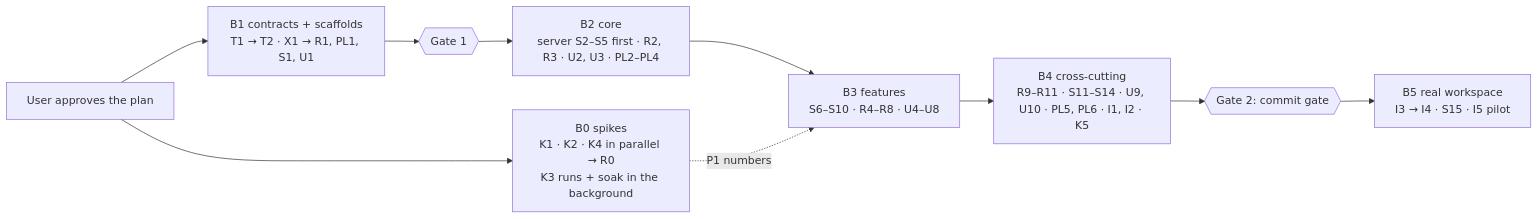
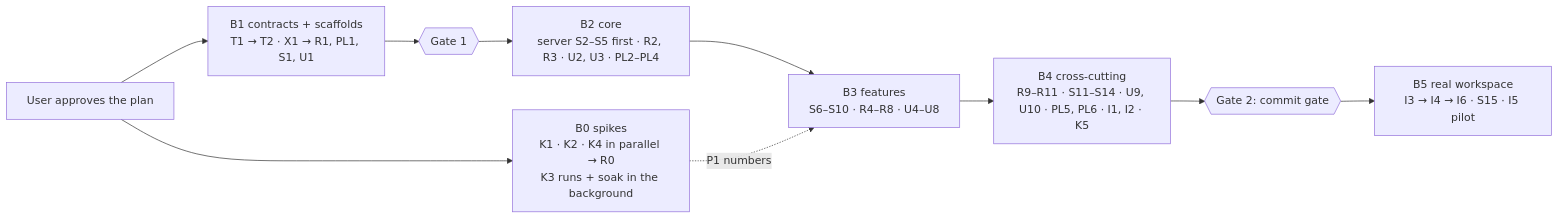
Before and after one commit to akhilshastri/session-replay: the second of 2 diagrams in plan/01-session-replay.md, drawn with Mermaid. The commit also changed other lines of this file and 3 other files, not shown here.

````diff
--- a/plan/01-session-replay.md
+++ b/plan/01-session-replay.md
@@ -405,12 +406,12 @@
 ```mermaid
 flowchart LR
   A[User approves the plan] --> B0["B0 spikes<br/>K1 · K2 · K4 in parallel → R0<br/>K3 runs + soak in the background"]
   A --> B1["B1 contracts + scaffolds<br/>T1 → T2 · X1 → R1, PL1, S1, U1"]
   B1 --> G1{{Gate 1}}
   G1 --> B2["B2 core<br/>server S2–S5 first · R2, R3 · U2, U3 · PL2–PL4"]
   B2 --> B3["B3 features<br/>S6–S10 · R4–R8 · U4–U8"]
   B0 -. P1 numbers .-> B3
   B3 --> B4["B4 cross-cutting<br/>R9–R11 · S11–S14 · U9, U10 · PL5, PL6 · I1, I2 · K5"]
   B4 --> G2{{Gate 2: commit gate}}
-  G2 --> B5["B5 real workspace<br/>I3 → I4 · S15 · I5 pilot"]
+  G2 --> B5["B5 real workspace<br/>I3 → I4 → I6 · S15 · I5 pilot"]
 ```
````
